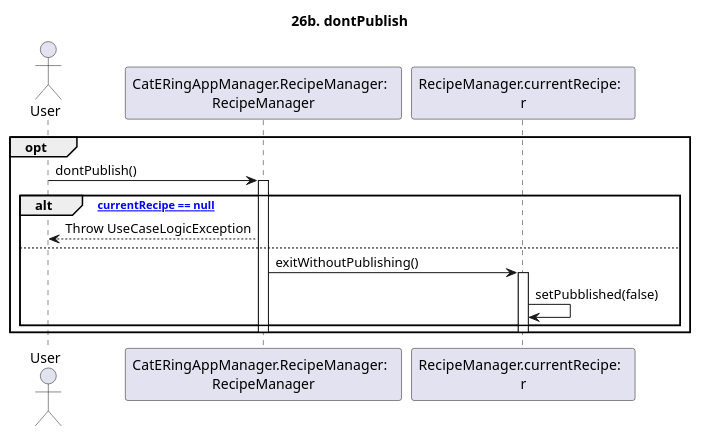
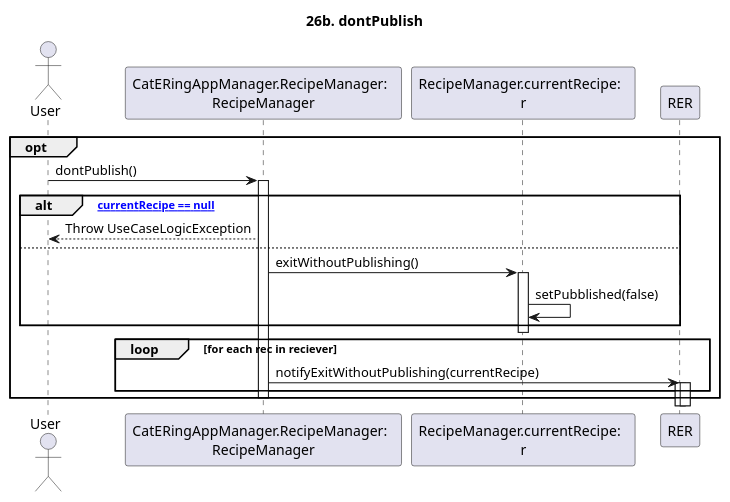
One commit to m0canu1/sas changed the diagram in dsd/dsd-ricette/estensioni/926b-exitNotPublishing.md. Above: the diagram before and after it, drawn with PlantUML. The commit also changed 11 other files, not shown here.

````diff
--- a/dsd/dsd-ricette/estensioni/926b-exitNotPublishing.md
+++ b/dsd/dsd-ricette/estensioni/926b-exitNotPublishing.md
@@ -1,23 +1,28 @@
 ```plantuml
 
 title: 26b. dontPublish
 
 Actor User
 Participant "CatERingAppManager.RecipeManager:  \nRecipeManager" as RM
 Participant "RecipeManager.currentRecipe:  \nr" as CR
 
 opt
 	User -> RM: dontPublish()
 	Activate RM
 	alt ["currentRecipe == null"]
 		RM --> User: Throw UseCaseLogicException
-	else 
+	else
 		RM -> CR: exitWithoutPublishing()
 		Activate CR
 		CR -> CR: setPubblished(false)
 	end
 	Deactivate CR
+	loop for each rec in reciever
+		RM -> RER: notifyExitWithoutPublishing(currentRecipe)
+		activate RER
+		activate RER
+	end
 	Deactivate RM
 end
 
 ```
````
